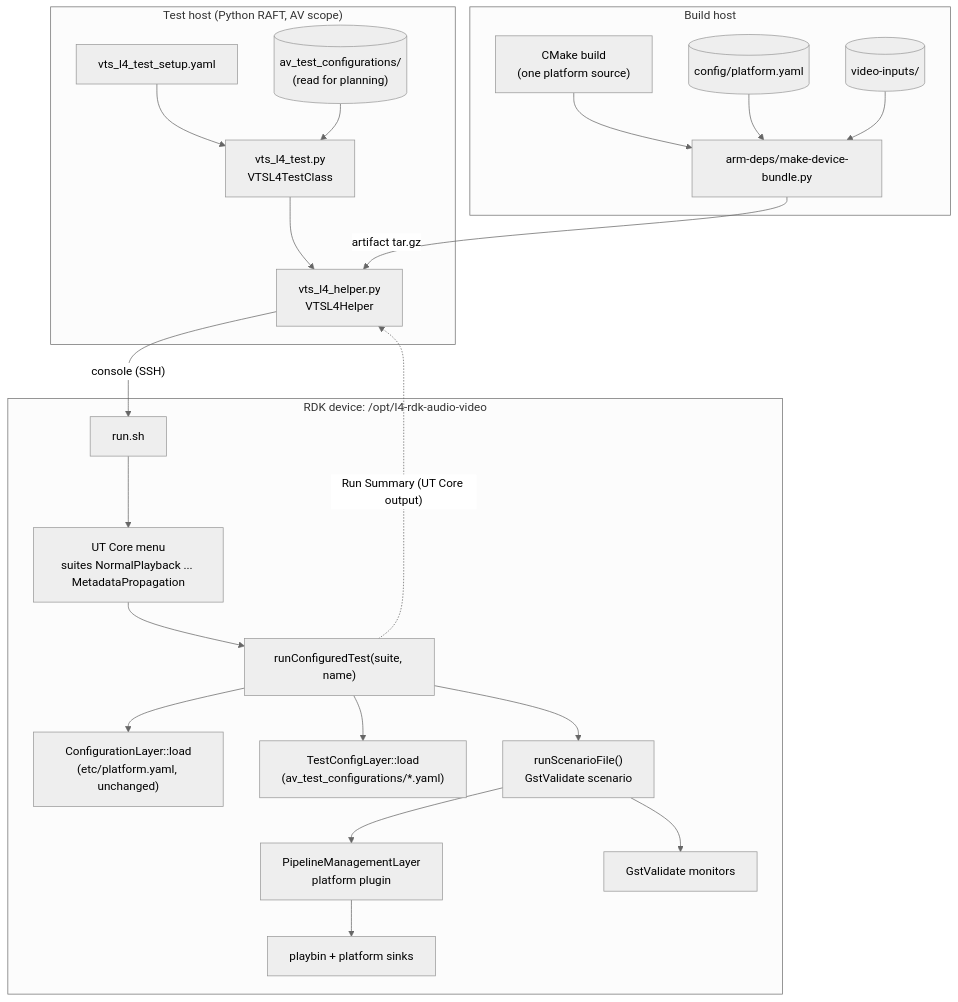
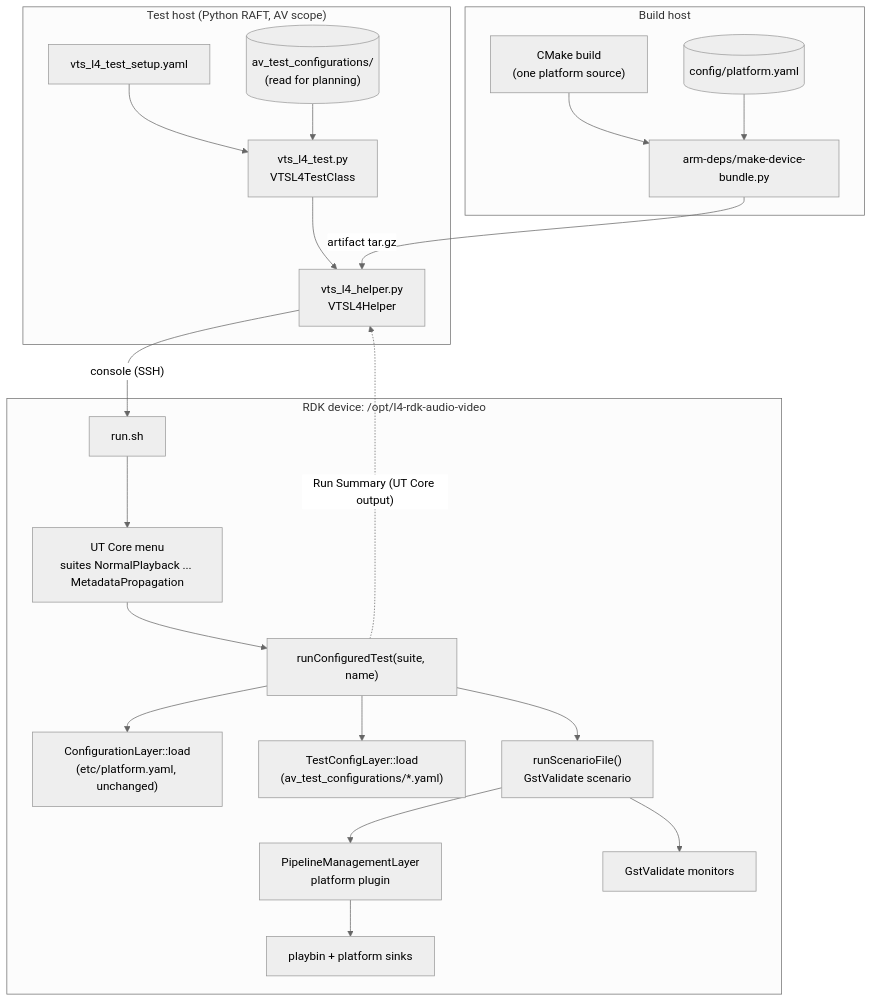
The diagram in docs/L4_High-Level_TestSpec.md (rdkcentral/rdk-halif-test-L4-Vendor), drawn with Mermaid (neutral theme) before and after one commit. The commit also changed 1 other file, not shown here.

Commit message:
gh #22 Updated E2E Design document

````diff
--- a/docs/L4_High-Level_TestSpec.md
+++ b/docs/L4_High-Level_TestSpec.md
@@ -177,43 +177,41 @@
 ```mermaid
 flowchart TB
     subgraph build["Build host"]
         cmake["CMake build<br/>(one platform source)"]
         bundle["arm-deps/make-device-bundle.py"]
         cfg_src[("config/platform.yaml")]
-        vid_src[("video-inputs/")]
         cmake --> bundle
         cfg_src --> bundle
-        vid_src --> bundle
     end
 
     subgraph host["Test host (Python RAFT, AV scope)"]
         raft["vts_l4_test.py<br/>VTSL4TestClass"]
         helper["vts_l4_helper.py<br/>VTSL4Helper"]
         setup["vts_l4_test_setup.yaml"]
         repo_tc[("av_test_configurations/<br/>(read for planning)")]
         setup --> raft
         repo_tc --> raft
         raft --> helper
     end
 
     subgraph device["RDK device: /opt/l4-rdk-audio-video"]
         runsh["run.sh"]
         ut["UT Core menu<br/>suites NormalPlayback ... MetadataPropagation"]
         run["runConfiguredTest(suite, name)"]
         platform_cfg["ConfigurationLayer::load<br/>(etc/platform.yaml, unchanged)"]
         test_cfg["TestConfigLayer::load<br/>(av_test_configurations/*.yaml)"]
         engine["runScenarioFile()<br/>GstValidate scenario"]
         ppl["PipelineManagementLayer<br/>platform plugin"]
         gv["GstValidate monitors"]
         pb["playbin + platform sinks"]
         runsh --> ut --> run
         run --> platform_cfg
         run --> test_cfg
         run --> engine --> ppl --> pb
         engine --> gv
     end
 
     bundle -- "artifact tar.gz" --> helper
     helper -- "console (SSH)" --> runsh
     run -. "Run Summary (UT Core output)" .-> helper
 ```
````
